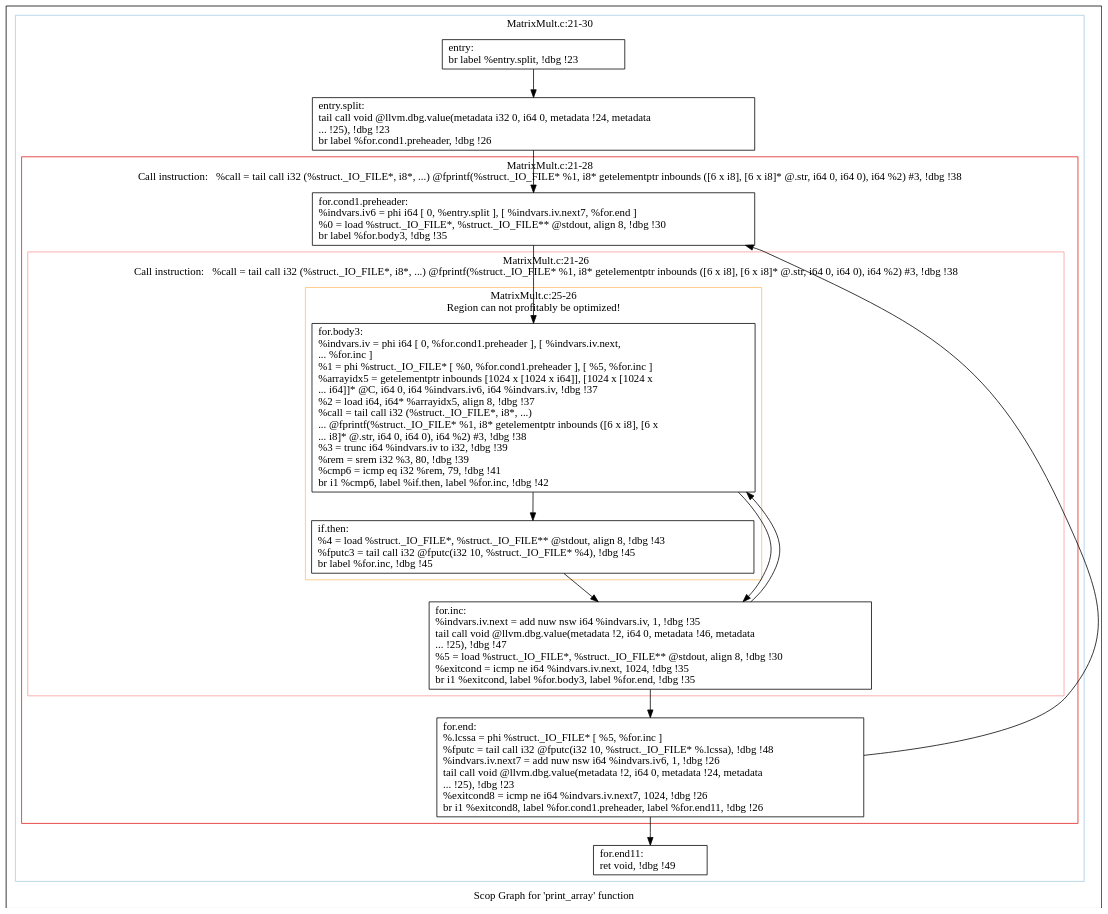
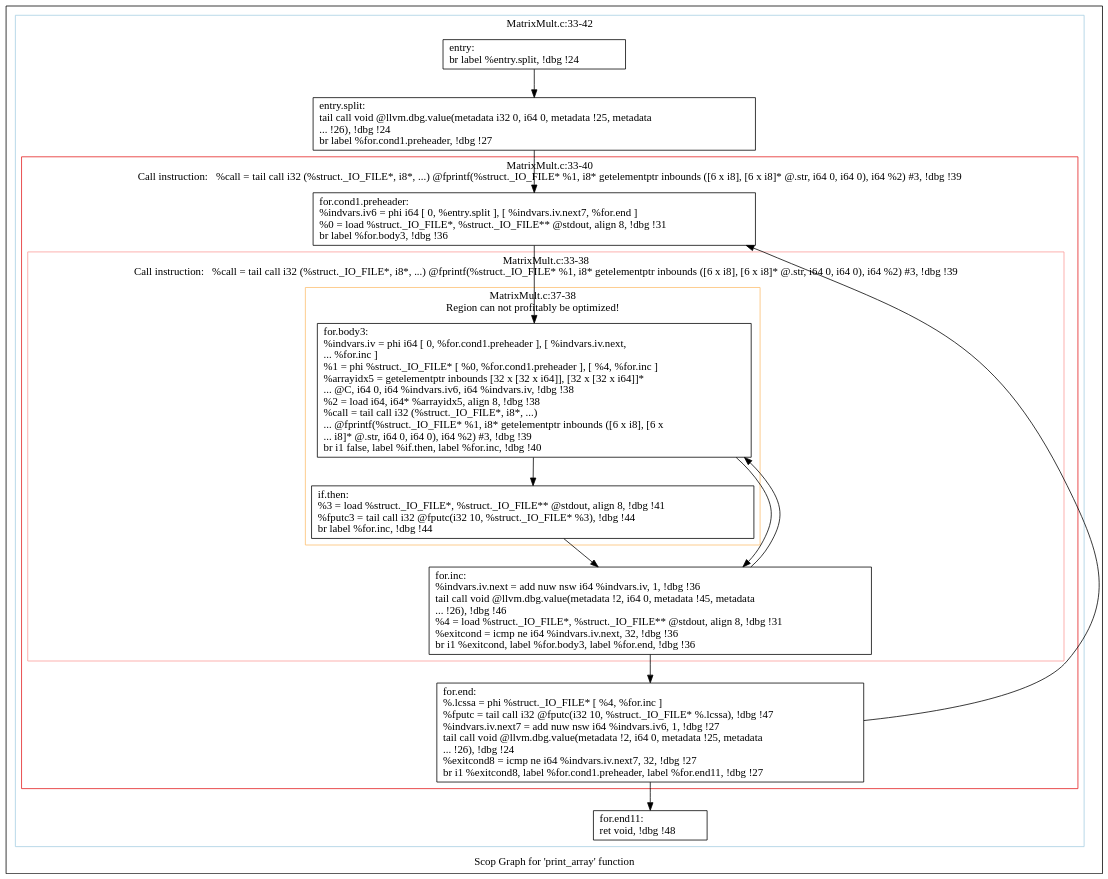
The diagram in polly/MatrixMult/impl/handwritten/dot/scops.print_array.dot (samminweng/WhileyOpenCL), drawn with Graphviz before and after one commit. The commit also changed 44 other files, not shown here.

```diff
--- a/polly/MatrixMult/impl/handwritten/dot/scops.print_array.dot
+++ b/polly/MatrixMult/impl/handwritten/dot/scops.print_array.dot
@@ -1,55 +1,55 @@
 digraph "Scop Graph for 'print_array' function" {
 	label="Scop Graph for 'print_array' function";
 
-	Node0x5de4360 [shape=record,label="{entry:\l  br label %entry.split, !dbg !23\l}"];
-	Node0x5de4360 -> Node0x5dde4a0;
-	Node0x5dde4a0 [shape=record,label="{entry.split:                                      \l  tail call void @llvm.dbg.value(metadata i32 0, i64 0, metadata !24, metadata\l... !25), !dbg !23\l  br label %for.cond1.preheader, !dbg !26\l}"];
-	Node0x5dde4a0 -> Node0x5de0e90;
-	Node0x5de0e90 [shape=record,label="{for.cond1.preheader:                              \l  %indvars.iv6 = phi i64 [ 0, %entry.split ], [ %indvars.iv.next7, %for.end ]\l  %0 = load %struct._IO_FILE*, %struct._IO_FILE** @stdout, align 8, !dbg !30\l  br label %for.body3, !dbg !35\l}"];
-	Node0x5de0e90 -> Node0x5dde480;
-	Node0x5dde480 [shape=record,label="{for.body3:                                        \l  %indvars.iv = phi i64 [ 0, %for.cond1.preheader ], [ %indvars.iv.next,\l... %for.inc ]\l  %1 = phi %struct._IO_FILE* [ %0, %for.cond1.preheader ], [ %5, %for.inc ]\l  %arrayidx5 = getelementptr inbounds [1024 x [1024 x i64]], [1024 x [1024 x\l... i64]]* @C, i64 0, i64 %indvars.iv6, i64 %indvars.iv, !dbg !37\l  %2 = load i64, i64* %arrayidx5, align 8, !dbg !37\l  %call = tail call i32 (%struct._IO_FILE*, i8*, ...)\l... @fprintf(%struct._IO_FILE* %1, i8* getelementptr inbounds ([6 x i8], [6 x\l... i8]* @.str, i64 0, i64 0), i64 %2) #3, !dbg !38\l  %3 = trunc i64 %indvars.iv to i32, !dbg !39\l  %rem = srem i32 %3, 80, !dbg !39\l  %cmp6 = icmp eq i32 %rem, 79, !dbg !41\l  br i1 %cmp6, label %if.then, label %for.inc, !dbg !42\l}"];
-	Node0x5dde480 -> Node0x5de6e00;
-	Node0x5dde480 -> Node0x5de6e60;
-	Node0x5de6e00 [shape=record,label="{if.then:                                          \l  %4 = load %struct._IO_FILE*, %struct._IO_FILE** @stdout, align 8, !dbg !43\l  %fputc3 = tail call i32 @fputc(i32 10, %struct._IO_FILE* %4), !dbg !45\l  br label %for.inc, !dbg !45\l}"];
-	Node0x5de6e00 -> Node0x5de6e60;
-	Node0x5de6e60 [shape=record,label="{for.inc:                                          \l  %indvars.iv.next = add nuw nsw i64 %indvars.iv, 1, !dbg !35\l  tail call void @llvm.dbg.value(metadata !2, i64 0, metadata !46, metadata\l... !25), !dbg !47\l  %5 = load %struct._IO_FILE*, %struct._IO_FILE** @stdout, align 8, !dbg !30\l  %exitcond = icmp ne i64 %indvars.iv.next, 1024, !dbg !35\l  br i1 %exitcond, label %for.body3, label %for.end, !dbg !35\l}"];
-	Node0x5de6e60 -> Node0x5dde480[constraint=false];
-	Node0x5de6e60 -> Node0x5dddd20;
-	Node0x5dddd20 [shape=record,label="{for.end:                                          \l  %.lcssa = phi %struct._IO_FILE* [ %5, %for.inc ]\l  %fputc = tail call i32 @fputc(i32 10, %struct._IO_FILE* %.lcssa), !dbg !48\l  %indvars.iv.next7 = add nuw nsw i64 %indvars.iv6, 1, !dbg !26\l  tail call void @llvm.dbg.value(metadata !2, i64 0, metadata !24, metadata\l... !25), !dbg !23\l  %exitcond8 = icmp ne i64 %indvars.iv.next7, 1024, !dbg !26\l  br i1 %exitcond8, label %for.cond1.preheader, label %for.end11, !dbg !26\l}"];
-	Node0x5dddd20 -> Node0x5de0e90[constraint=false];
-	Node0x5dddd20 -> Node0x5dde430;
-	Node0x5dde430 [shape=record,label="{for.end11:                                        \l  ret void, !dbg !49\l}"];
+	Node0x695f410 [shape=record,label="{entry:\l  br label %entry.split, !dbg !24\l}"];
+	Node0x695f410 -> Node0x6960850;
+	Node0x6960850 [shape=record,label="{entry.split:                                      \l  tail call void @llvm.dbg.value(metadata i32 0, i64 0, metadata !25, metadata\l... !26), !dbg !24\l  br label %for.cond1.preheader, !dbg !27\l}"];
+	Node0x6960850 -> Node0x69b1b70;
+	Node0x69b1b70 [shape=record,label="{for.cond1.preheader:                              \l  %indvars.iv6 = phi i64 [ 0, %entry.split ], [ %indvars.iv.next7, %for.end ]\l  %0 = load %struct._IO_FILE*, %struct._IO_FILE** @stdout, align 8, !dbg !31\l  br label %for.body3, !dbg !36\l}"];
+	Node0x69b1b70 -> Node0x6971bd0;
+	Node0x6971bd0 [shape=record,label="{for.body3:                                        \l  %indvars.iv = phi i64 [ 0, %for.cond1.preheader ], [ %indvars.iv.next,\l... %for.inc ]\l  %1 = phi %struct._IO_FILE* [ %0, %for.cond1.preheader ], [ %4, %for.inc ]\l  %arrayidx5 = getelementptr inbounds [32 x [32 x i64]], [32 x [32 x i64]]*\l... @C, i64 0, i64 %indvars.iv6, i64 %indvars.iv, !dbg !38\l  %2 = load i64, i64* %arrayidx5, align 8, !dbg !38\l  %call = tail call i32 (%struct._IO_FILE*, i8*, ...)\l... @fprintf(%struct._IO_FILE* %1, i8* getelementptr inbounds ([6 x i8], [6 x\l... i8]* @.str, i64 0, i64 0), i64 %2) #3, !dbg !39\l  br i1 false, label %if.then, label %for.inc, !dbg !40\l}"];
+	Node0x6971bd0 -> Node0x696e4f0;
+	Node0x6971bd0 -> Node0x6971bf0;
+	Node0x696e4f0 [shape=record,label="{if.then:                                          \l  %3 = load %struct._IO_FILE*, %struct._IO_FILE** @stdout, align 8, !dbg !41\l  %fputc3 = tail call i32 @fputc(i32 10, %struct._IO_FILE* %3), !dbg !44\l  br label %for.inc, !dbg !44\l}"];
+	Node0x696e4f0 -> Node0x6971bf0;
+	Node0x6971bf0 [shape=record,label="{for.inc:                                          \l  %indvars.iv.next = add nuw nsw i64 %indvars.iv, 1, !dbg !36\l  tail call void @llvm.dbg.value(metadata !2, i64 0, metadata !45, metadata\l... !26), !dbg !46\l  %4 = load %struct._IO_FILE*, %struct._IO_FILE** @stdout, align 8, !dbg !31\l  %exitcond = icmp ne i64 %indvars.iv.next, 32, !dbg !36\l  br i1 %exitcond, label %for.body3, label %for.end, !dbg !36\l}"];
+	Node0x6971bf0 -> Node0x6971bd0[constraint=false];
+	Node0x6971bf0 -> Node0x6971e20;
+	Node0x6971e20 [shape=record,label="{for.end:                                          \l  %.lcssa = phi %struct._IO_FILE* [ %4, %for.inc ]\l  %fputc = tail call i32 @fputc(i32 10, %struct._IO_FILE* %.lcssa), !dbg !47\l  %indvars.iv.next7 = add nuw nsw i64 %indvars.iv6, 1, !dbg !27\l  tail call void @llvm.dbg.value(metadata !2, i64 0, metadata !25, metadata\l... !26), !dbg !24\l  %exitcond8 = icmp ne i64 %indvars.iv.next7, 32, !dbg !27\l  br i1 %exitcond8, label %for.cond1.preheader, label %for.end11, !dbg !27\l}"];
+	Node0x6971e20 -> Node0x69b1b70[constraint=false];
+	Node0x6971e20 -> Node0x6971450;
+	Node0x6971450 [shape=record,label="{for.end11:                                        \l  ret void, !dbg !48\l}"];
 	colorscheme = "paired12"
-        subgraph cluster_0x5dce560 {
-          label = "MatrixMult.c:21-30
+        subgraph cluster_0x696ebe0 {
+          label = "MatrixMult.c:33-42
 ";
           style = solid;
           color = 1
-          subgraph cluster_0x5ddf750 {
-            label = "MatrixMult.c:21-28
-Call instruction:   %call = tail call i32 (%struct._IO_FILE*, i8*, ...) @fprintf(%struct._IO_FILE* %1, i8* getelementptr inbounds ([6 x i8], [6 x i8]* @.str, i64 0, i64 0), i64 %2) #3, !dbg !38";
+          subgraph cluster_0x69607d0 {
+            label = "MatrixMult.c:33-40
+Call instruction:   %call = tail call i32 (%struct._IO_FILE*, i8*, ...) @fprintf(%struct._IO_FILE* %1, i8* getelementptr inbounds ([6 x i8], [6 x i8]* @.str, i64 0, i64 0), i64 %2) #3, !dbg !39";
             style = solid;
             color = 6
-            subgraph cluster_0x5dce5e0 {
-              label = "MatrixMult.c:21-26
-Call instruction:   %call = tail call i32 (%struct._IO_FILE*, i8*, ...) @fprintf(%struct._IO_FILE* %1, i8* getelementptr inbounds ([6 x i8], [6 x i8]* @.str, i64 0, i64 0), i64 %2) #3, !dbg !38";
+            subgraph cluster_0x696a780 {
+              label = "MatrixMult.c:33-38
+Call instruction:   %call = tail call i32 (%struct._IO_FILE*, i8*, ...) @fprintf(%struct._IO_FILE* %1, i8* getelementptr inbounds ([6 x i8], [6 x i8]* @.str, i64 0, i64 0), i64 %2) #3, !dbg !39";
               style = solid;
               color = 5
-              subgraph cluster_0x5dd53c0 {
-                label = "MatrixMult.c:25-26
+              subgraph cluster_0x696a700 {
+                label = "MatrixMult.c:37-38
 Region can not profitably be optimized!";
                 style = solid;
                 color = 7
-                Node0x5dde480;
-                Node0x5de6e00;
+                Node0x6971bd0;
+                Node0x696e4f0;
               }
-              Node0x5de6e60;
+              Node0x6971bf0;
             }
-            Node0x5de0e90;
-            Node0x5dddd20;
+            Node0x69b1b70;
+            Node0x6971e20;
           }
-          Node0x5de4360;
-          Node0x5dde4a0;
-          Node0x5dde430;
+          Node0x695f410;
+          Node0x6960850;
+          Node0x6971450;
         }
 }
```
